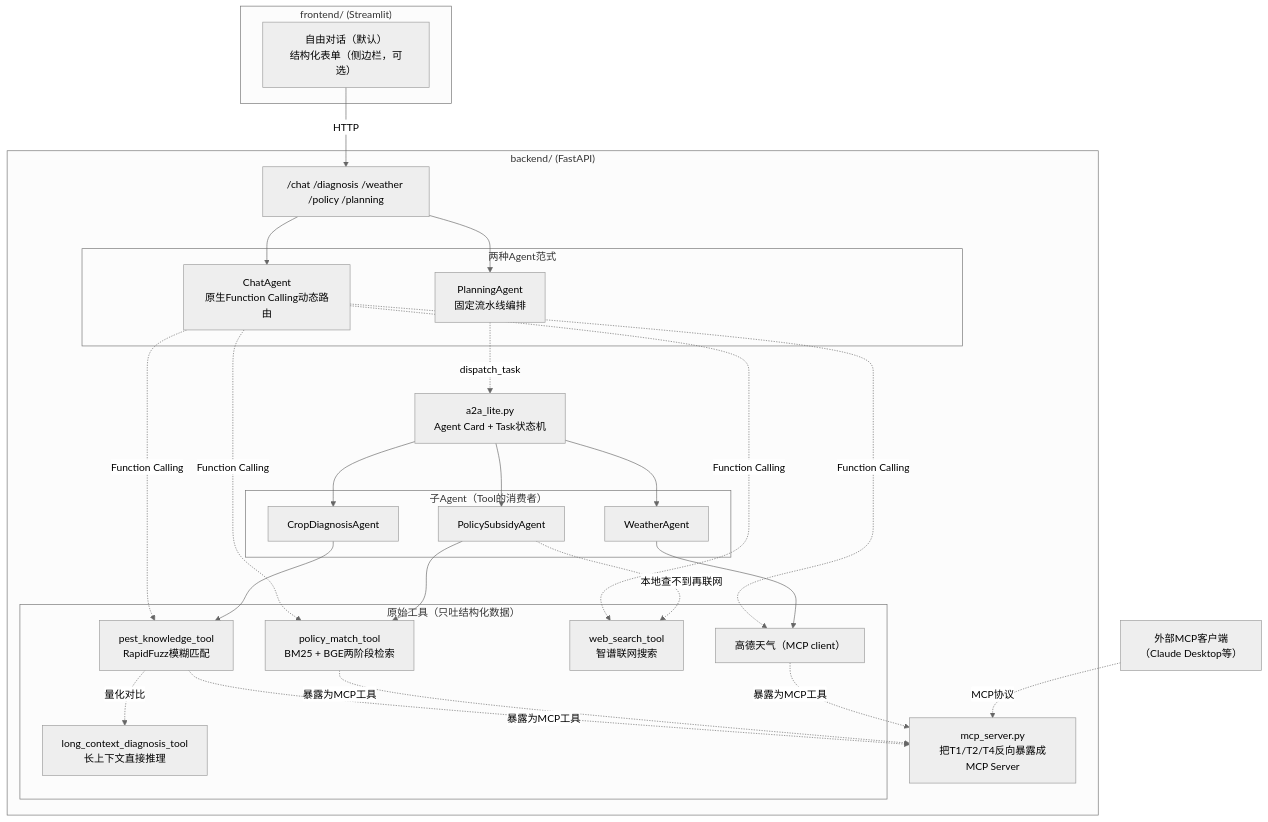
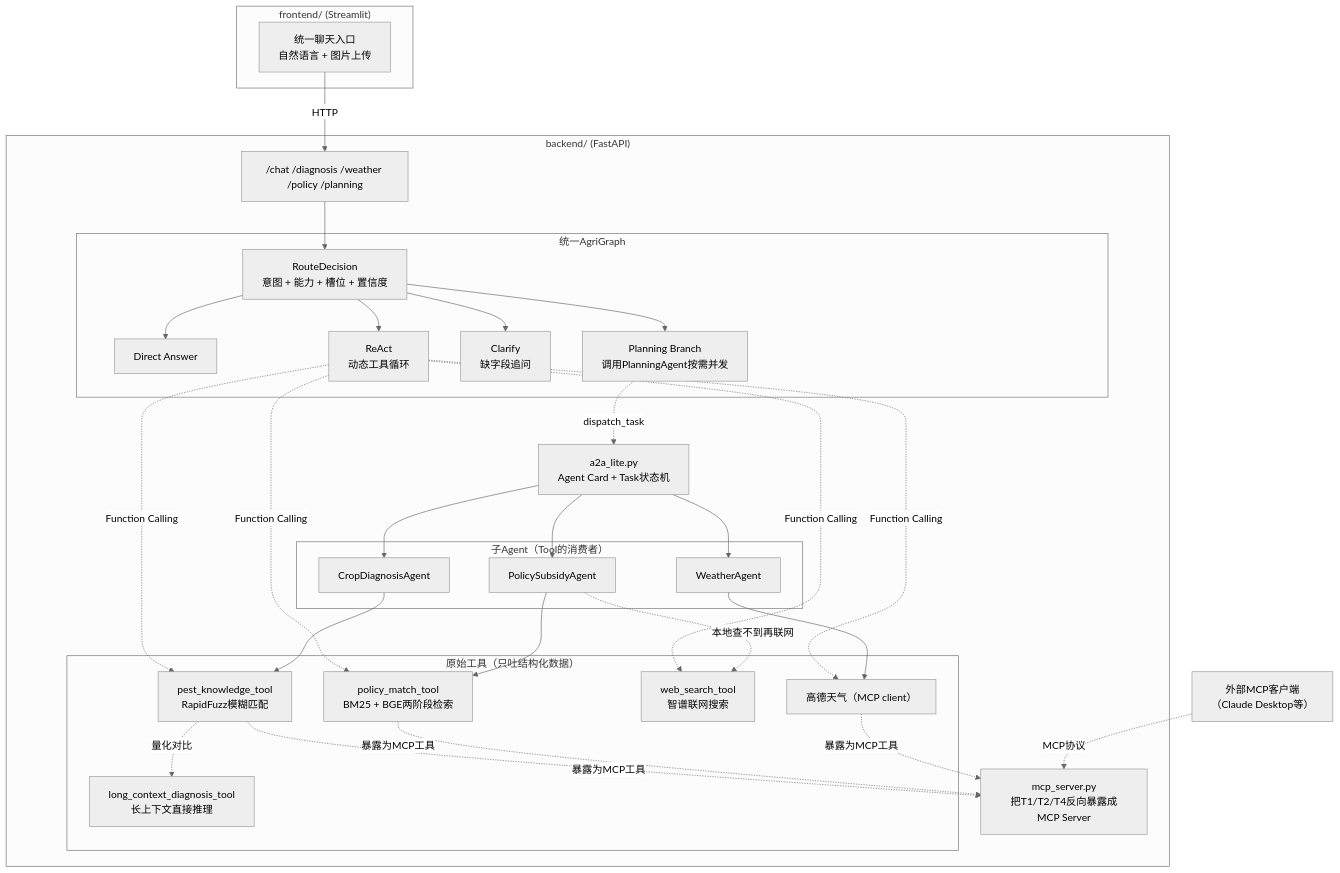
Before and after one commit to zmh2245749337/agri-agent: the diagram in README.md, drawn with Mermaid (neutral theme). The commit also changed other lines of this file and 21 other files, not shown here.

````diff
--- a/README.md
+++ b/README.md
@@ -40,56 +40,62 @@
 ```mermaid
 graph TB
     subgraph FE["frontend/ (Streamlit)"]
-        UI["自由对话（默认）<br/>结构化表单（侧边栏，可选）"]
+        UI["统一聊天入口<br/>自然语言 + 图片上传"]
     end
 
     subgraph BE["backend/ (FastAPI)"]
         API["/chat /diagnosis /weather /policy /planning"]
 
-        subgraph Agents["两种Agent范式"]
-            CA["ChatAgent<br/>原生Function Calling动态路由"]
-            PA["PlanningAgent<br/>固定流水线编排"]
+        subgraph Graph["统一AgriGraph"]
+            RT["RouteDecision<br/>意图 + 能力 + 槽位 + 置信度"]
+            DR["Direct Answer"]
+            RA["ReAct<br/>动态工具循环"]
+            CL["Clarify<br/>缺字段追问"]
+            PA["Planning Branch<br/>调用PlanningAgent按需并发"]
         end
 
         A2A["a2a_lite.py<br/>Agent Card + Task状态机"]
 
         subgraph SubAgents["子Agent（Tool的消费者）"]
             DA["CropDiagnosisAgent"]
             WA["WeatherAgent"]
             POA["PolicySubsidyAgent"]
         end
 
         subgraph Tools["原始工具（只吐结构化数据）"]
             T1["pest_knowledge_tool<br/>RapidFuzz模糊匹配"]
             T1B["long_context_diagnosis_tool<br/>长上下文直接推理"]
             T2["policy_match_tool<br/>BM25 + BGE两阶段检索"]
             T3["web_search_tool<br/>智谱联网搜索"]
             T4["高德天气（MCP client）"]
         end
 
         MCPS["mcp_server.py<br/>把T1/T2/T4反向暴露成MCP Server"]
     end
 
     EXT["外部MCP客户端<br/>（Claude Desktop等）"]
 
     UI -->|HTTP| API
-    API --> CA
-    API --> PA
+    API --> RT
+    RT --> DR
+    RT --> RA
+    RT --> CL
+    RT --> PA
     PA -.dispatch_task.-> A2A
     A2A --> DA
     A2A --> WA
     A2A --> POA
-    CA -.Function Calling.-> T1
-    CA -.Function Calling.-> T2
-    CA -.Function Calling.-> T3
-    CA -.Function Calling.-> T4
+    RA -.Function Calling.-> T1
+    RA -.Function Calling.-> T2
+    RA -.Function Calling.-> T3
+    RA -.Function Calling.-> T4
     DA --> T1
     T1 -."量化对比".-> T1B
     WA --> T4
     POA --> T2
     POA -."本地查不到"再联网.-> T3
     T1 -.暴露为MCP工具.-> MCPS
     T2 -.暴露为MCP工具.-> MCPS
     T4 -.暴露为MCP工具.-> MCPS
     EXT -.MCP协议.-> MCPS
 ```
````
